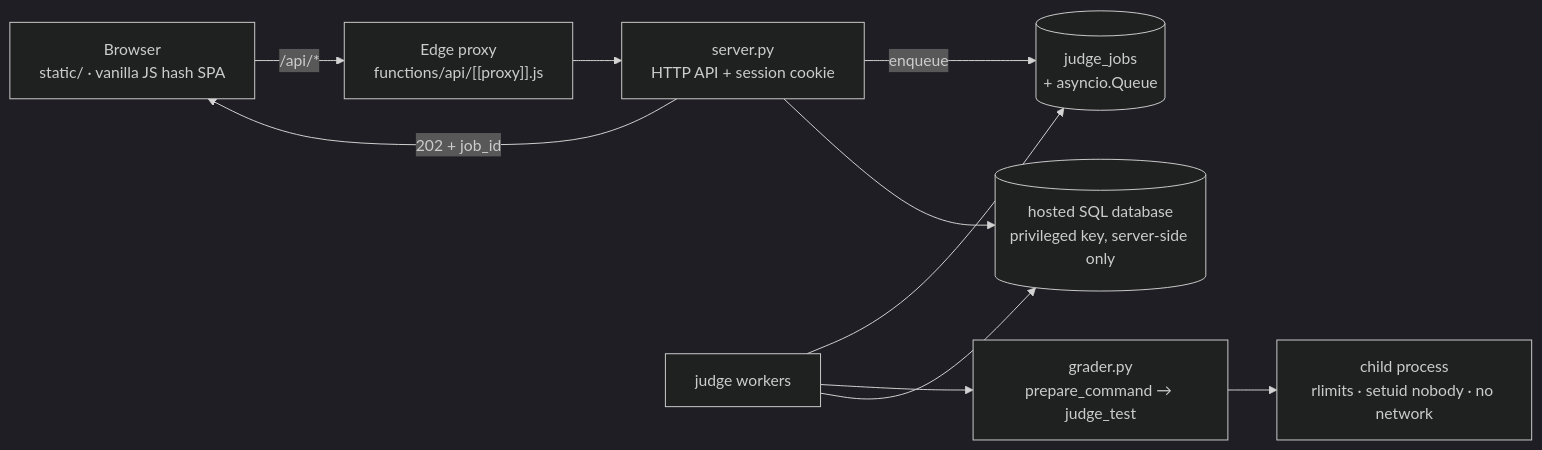
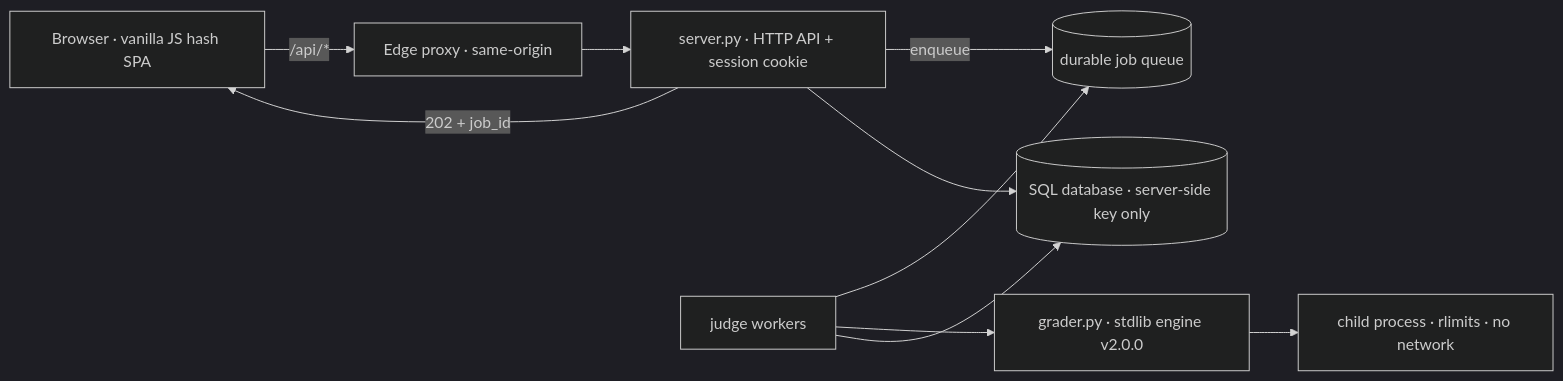
One commit to n3wbiekkkk/Newbiegrader changed the diagram in README.md. Above: the diagram before and after it, drawn with Mermaid (dark theme). The commit also changed other lines of this file, not shown here.

````diff
--- a/README.md
+++ b/README.md
@@ -33,12 +40,12 @@
 ```mermaid
 graph LR
-  B["Browser<br/>static/ · vanilla JS hash SPA"] -->|"/api/*"| P["Edge proxy<br/>functions/api/[[proxy]].js"]
-  P --> S["server.py<br/>HTTP API + session cookie"]
+  B["Browser · vanilla JS hash SPA"] -->|"/api/*"| P["Edge proxy · same-origin"]
+  P --> S["server.py · HTTP API + session cookie"]
   S -->|"202 + job_id"| B
-  S -->|"enqueue"| Q[("judge_jobs<br/>+ asyncio.Queue")]
+  S -->|"enqueue"| Q[("durable job queue")]
   W["judge workers"] --> Q
-  W --> G["grader.py<br/>prepare_command → judge_test"]
-  G --> X["child process<br/>rlimits · setuid nobody · no network"]
-  W --> DB[("hosted SQL database<br/>privileged key, server-side only")]
+  W --> G["grader.py · stdlib engine v2.0.0"]
+  G --> X["child process · rlimits · no network"]
+  W --> DB[("SQL database · server-side key only")]
   S --> DB
 ```
````
